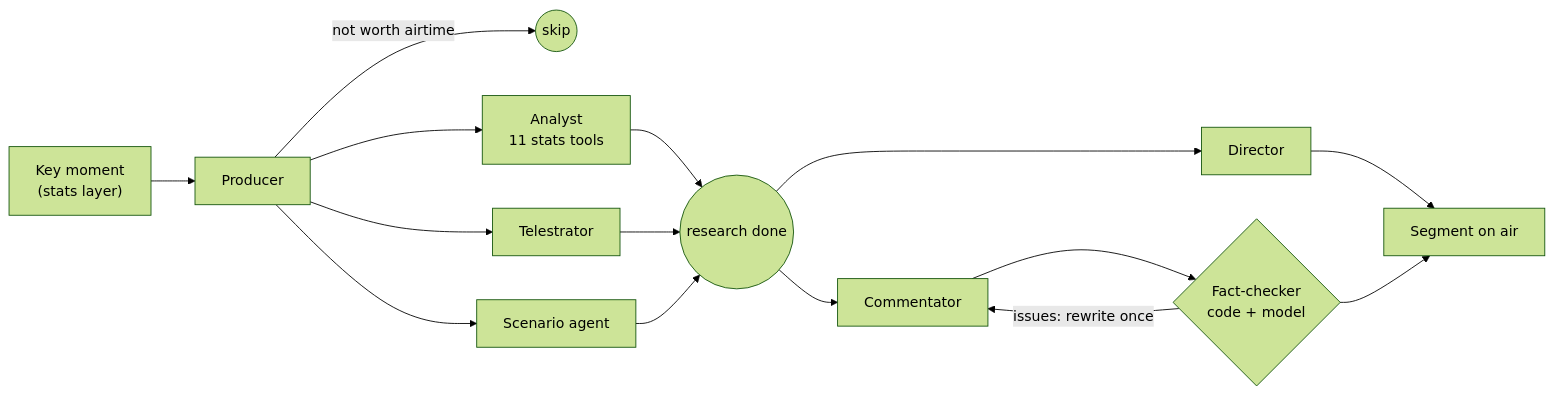
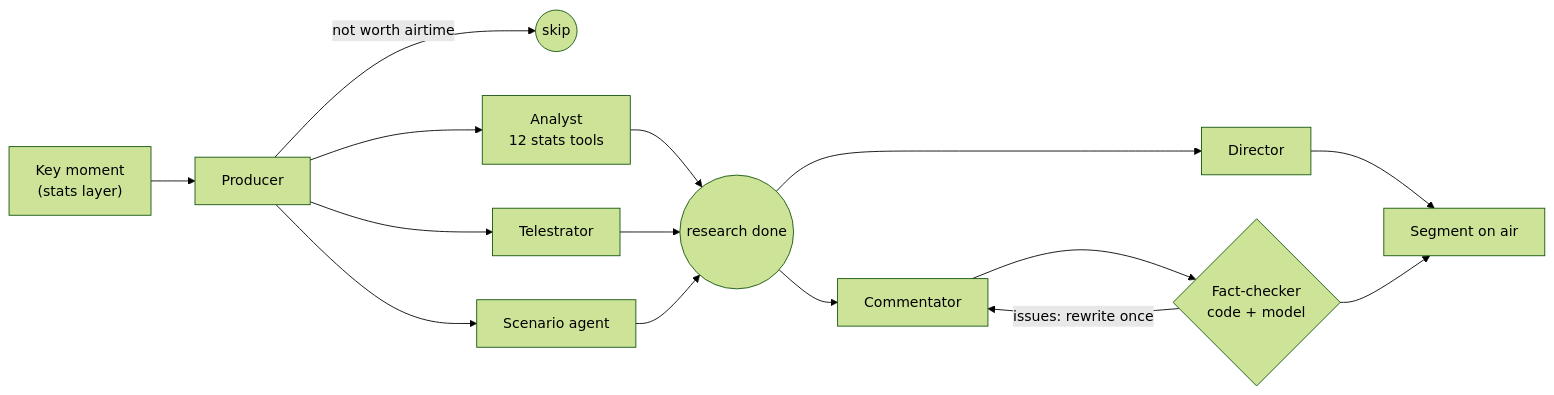
One commit to rjlopez8-rgb/match-intelligence changed the diagram in agents/README.md. Above: the diagram before and after it, drawn with Mermaid (forest theme). The commit also changed other lines of this file and 4 other files, not shown here.

````diff
--- a/agents/README.md
+++ b/agents/README.md
@@ -5,14 +5,14 @@
 ```mermaid
 flowchart LR
     M["Key moment<br/>(stats layer)"] --> P[Producer]
     P -- "not worth airtime" --> X((skip))
-    P --> A["Analyst<br/>11 stats tools"]
+    P --> A["Analyst<br/>12 stats tools"]
     P --> T[Telestrator]
     P --> S["Scenario agent"]
     A & T & S --> J((research done))
     J --> D[Director]
     J --> C[Commentator]
     C --> F{"Fact-checker<br/>code + model"}
     F -- "issues: rewrite once" --> C
     D & F --> O["Segment on air"]
 ```
````
